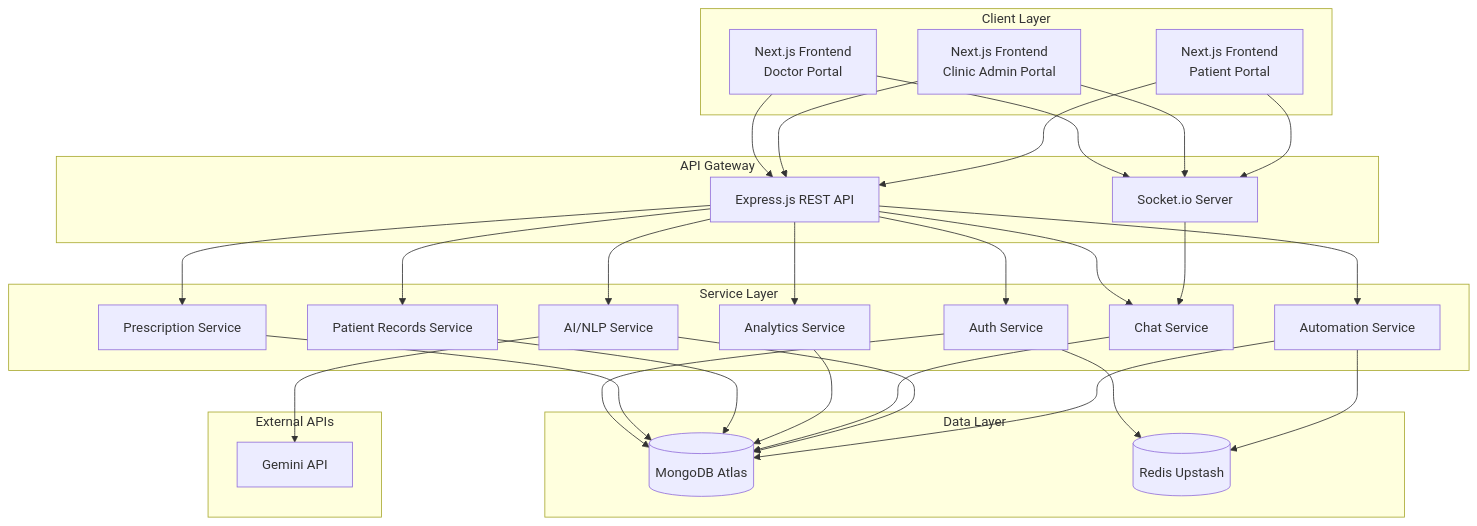
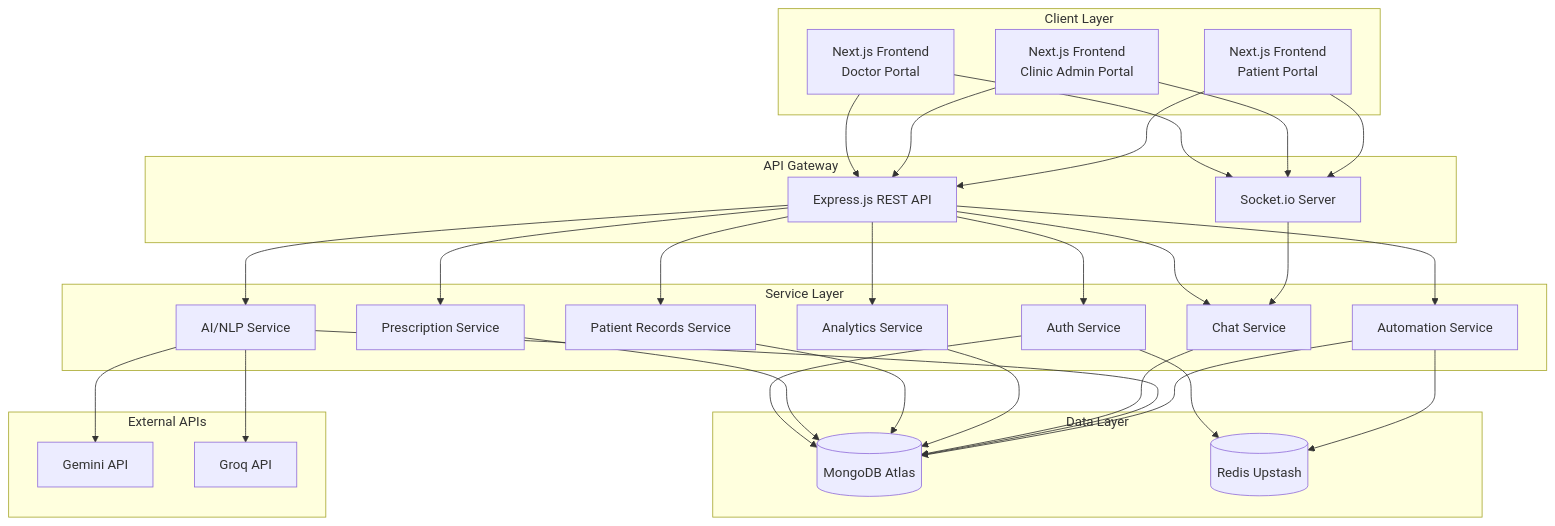
Before and after one commit to ahadalireach/medeaz: the first of 3 diagrams in README.md, drawn with Mermaid. The commit also changed other lines of this file and 265 other files, not shown here.

````diff
--- a/README.md
+++ b/README.md
@@ -52,40 +52,41 @@
 ```mermaid
 graph TB
     subgraph "Client Layer"
         A[Next.js Frontend<br/>Doctor Portal]
         B[Next.js Frontend<br/>Clinic Admin Portal]
         C[Next.js Frontend<br/>Patient Portal]
     end
 
     subgraph "API Gateway"
         D[Express.js REST API]
         E[Socket.io Server]
     end
 
     subgraph "Service Layer"
         F[Auth Service]
         G[Prescription Service]
         H[Patient Records Service]
         I[Analytics Service]
         J[Chat Service]
         K[AI/NLP Service]
         L[Automation Service]
     end
 
     subgraph "Data Layer"
         M[(MongoDB Atlas)]
         N[(Redis Upstash)]
     end
 
     subgraph "External APIs"
         O[Gemini API]
+        P[Groq API]
     end
 
     A & B & C --> D
     A & B & C --> E
     D --> F & G & H & I & J & K & L
     E --> J
     F & G & H & I & J & K & L --> M
     F & L --> N
-    K --> O
+    K --> O & P
 ```
````
